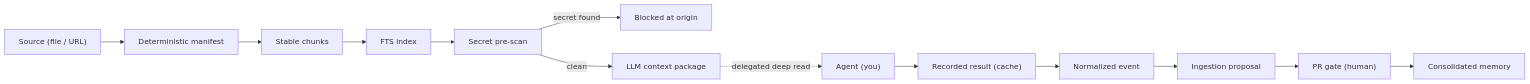
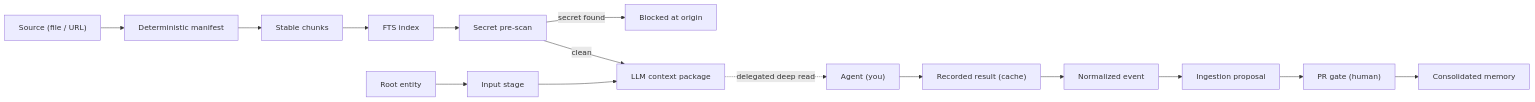
The diagram in .skills/wiki-viva/SKILL.md (kimlage/wiki-viva-kit), drawn with Mermaid before and after one commit. The commit also changed other lines of this file and 86 other files, not shown here.

Commit message:
Add integral root entity input stage v6.8

````diff
--- a/.skills/wiki-viva/SKILL.md
+++ b/.skills/wiki-viva/SKILL.md
@@ -29,15 +29,17 @@
 ```mermaid
 flowchart LR
+    root["Root entity"] --> stage["Input stage"]
     src["Source (file / URL)"] --> man["Deterministic manifest"]
     man --> chunks["Stable chunks"]
     chunks --> idx["FTS index"]
     idx --> scan["Secret pre-scan"]
     scan -->|secret found| stop["Blocked at origin"]
     scan -->|clean| pkg["LLM context package"]
+    stage --> pkg
     pkg -.delegated deep read.-> agent["Agent (you)"]
     agent --> result["Recorded result (cache)"]
     result --> ev["Normalized event"]
     ev --> prop["Ingestion proposal"]
     prop --> gate["PR gate (human)"]
     gate --> mem["Consolidated memory"]
 ```
````
